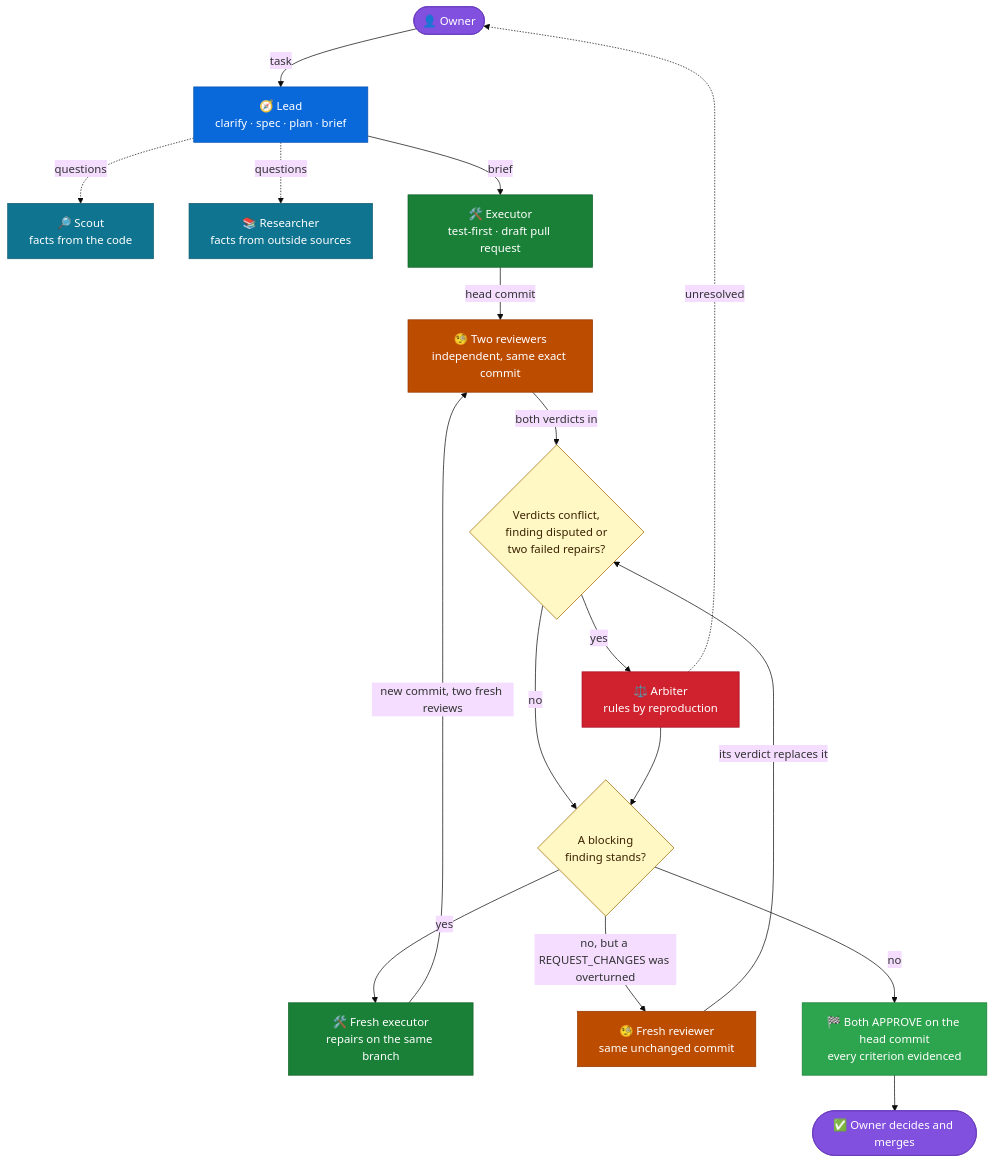
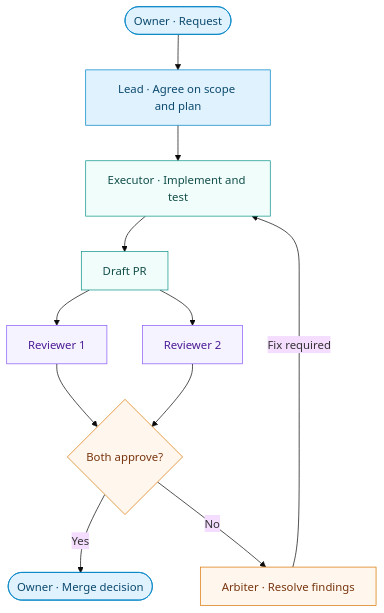
The diagram in README.md (pogorelov17/agent-playbook), drawn with Mermaid (base theme) before and after one commit. The commit also changed other lines of this file, not shown here.

Commit message:
Redesign the README header and workflow diagram
Center the title, tagline, two badges (CI, 6 roles) and a nav row
(Roles, Model sets, T3 Boat). Replace the old delivery diagram with
one compact Mermaid flowchart placed right after the header.

````diff
--- a/README.md
+++ b/README.md
@@ -30,51 +14,33 @@
 ```mermaid
 flowchart TD
-    owner(["👤 Owner"])
-    lead["🧭 Lead<br/>clarify · spec · plan · brief"]
-    scout["🔎 Scout<br/>facts from the code"]
-    researcher["📚 Researcher<br/>facts from outside sources"]
-    exec["🛠️ Executor<br/>test-first · draft pull request"]
-    reviews["🧐 Two reviewers<br/>independent, same exact commit"]
-    dispute{"Verdicts conflict,<br/>finding disputed or<br/>two failed repairs?"}
-    arbiter["⚖️ Arbiter<br/>rules by reproduction"]
-    stands{"A blocking<br/>finding stands?"}
-    repair["🛠️ Fresh executor<br/>repairs on the same branch"]
-    replace["🧐 Fresh reviewer<br/>same unchanged commit"]
-    done["🏁 Both APPROVE on the head commit<br/>every criterion evidenced"]
-    merge(["✅ Owner decides and merges"])
+    request(["Owner · Request"])
+    lead["Lead · Agree on scope and plan"]
+    exec["Executor · Implement and test"]
+    pr["Draft PR"]
+    r1["Reviewer 1"]
+    r2["Reviewer 2"]
+    approve{"Both approve?"}
+    merge(["Owner · Merge decision"])
+    arbiter["Arbiter · Resolve findings"]
 
-    owner -->|task| lead
-    lead -.->|questions| scout
-    lead -.->|questions| researcher
-    lead -->|brief| exec
-    exec -->|head commit| reviews
-    reviews -->|both verdicts in| dispute
-    dispute -->|yes| arbiter
-    dispute -->|no| stands
-    arbiter --> stands
-    arbiter -.->|unresolved| owner
-    stands -->|yes| repair
-    repair -->|new commit, two fresh reviews| reviews
-    stands -->|"no, but a REQUEST_CHANGES was overturned"| replace
-    replace -->|its verdict replaces it| dispute
-    stands -->|no| done
-    done --> merge
+    request --> lead
+    lead --> exec
+    exec --> pr
+    pr --> r1
+    pr --> r2
+    r1 --> approve
+    r2 --> approve
+    approve -->|Yes| merge
+    approve -->|No| arbiter
+    arbiter -->|Fix required| exec
 
-    classDef human fill:#8250df,stroke:#6639ba,color:#ffffff
-    classDef leader fill:#0969da,stroke:#0550ae,color:#ffffff
-    classDef support fill:#0e7490,stroke:#155e75,color:#ffffff
-    classDef build fill:#1a7f37,stroke:#116329,color:#ffffff
-    classDef review fill:#bc4c00,stroke:#953800,color:#ffffff
-    classDef judge fill:#cf222e,stroke:#a40e26,color:#ffffff
-    classDef gate fill:#fff8c5,stroke:#9a6700,color:#3b2300
-    classDef finish fill:#2da44e,stroke:#1a7f37,color:#ffffff
+    classDef owner fill:#e0f2fe,stroke:#0284c7,color:#0c4a6e
+    classDef work fill:#f0fdfa,stroke:#0d9488,color:#134e4a
+    classDef review fill:#f5f3ff,stroke:#8b5cf6,color:#4c1d95
+    classDef decision fill:#fff7ed,stroke:#d97706,color:#78350f
 
-    class owner,merge human
-    class lead leader
-    class scout,researcher support
-    class exec,repair build
-    class reviews,replace review
-    class arbiter judge
-    class dispute,stands gate
-    class done finish
+    class request,lead,merge owner
+    class exec,pr work
+    class r1,r2 review
+    class approve,arbiter decision
 ```
````
